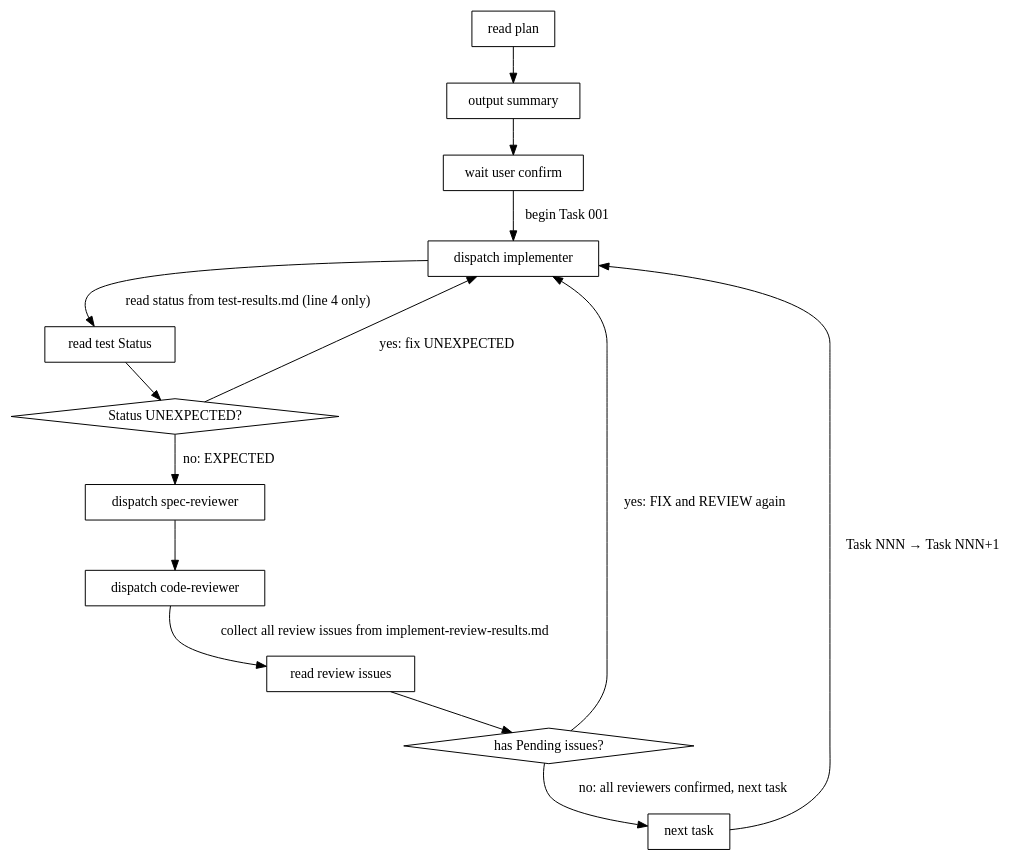
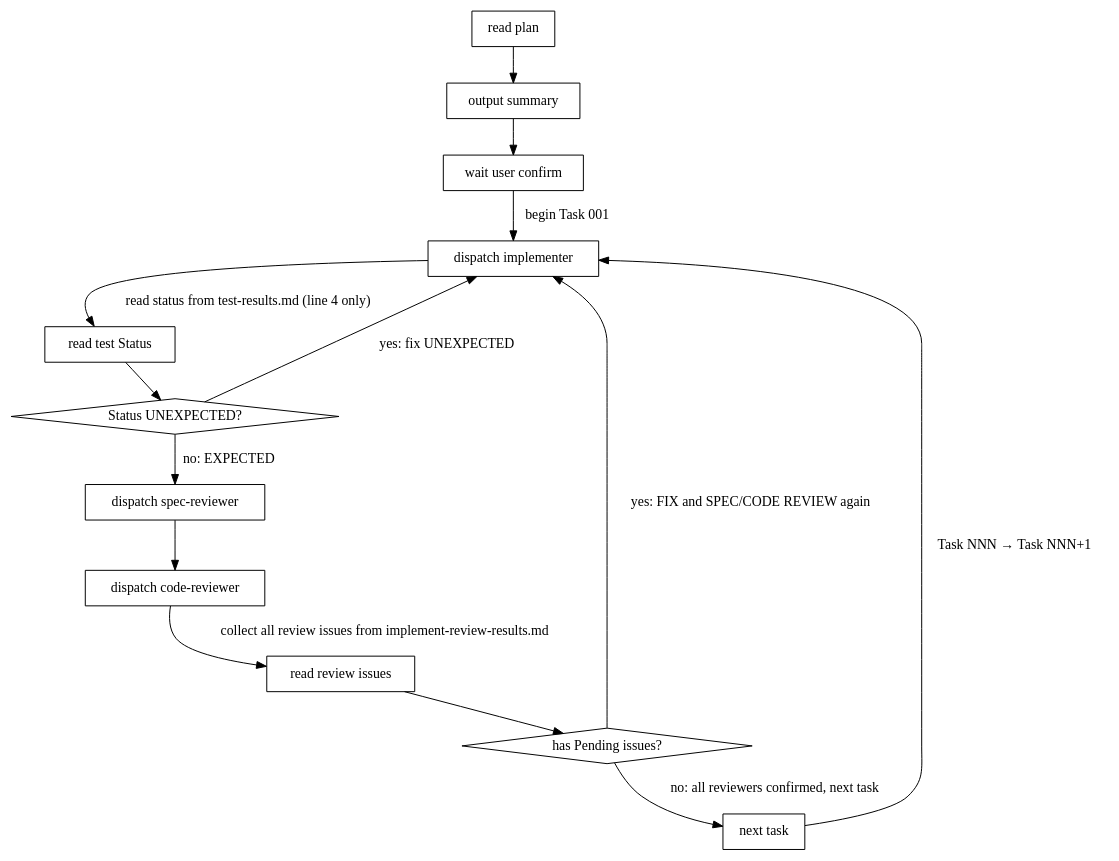
One commit to abadcafe/superteam changed the diagram in skills/executing/SKILL.md. Above: the diagram before and after it, drawn with Graphviz. The commit also changed 4 other files, not shown here.

````diff
--- a/skills/executing/SKILL.md
+++ b/skills/executing/SKILL.md
@@ -97,29 +97,29 @@
 ```dot
 digraph executing_flow {
   "read plan" [shape=box]
   "output summary" [shape=box]
   "wait user confirm" [shape=box]
   "dispatch implementer" [shape=box]
   "read test Status" [shape=box]
   "Status UNEXPECTED?" [shape=diamond]
   "dispatch spec-reviewer" [shape=box]
   "dispatch code-reviewer" [shape=box]
   "read review issues" [shape=box]
   "has Pending issues?" [shape=diamond]
   "next task" [shape=box]
 
   "read plan" -> "output summary"
   "output summary" -> "wait user confirm"
   "wait user confirm" -> "dispatch implementer" [label="begin Task 001"]
   "dispatch implementer" -> "read test Status" [label="read status from test-results.md (line 4 only)"]
   "read test Status" -> "Status UNEXPECTED?"
   "Status UNEXPECTED?" -> "dispatch implementer" [label="yes: fix UNEXPECTED"]
   "Status UNEXPECTED?" -> "dispatch spec-reviewer" [label="no: EXPECTED"]
   "dispatch spec-reviewer" -> "dispatch code-reviewer"
   "dispatch code-reviewer" -> "read review issues" [label="collect all review issues from implement-review-results.md"]
   "read review issues" -> "has Pending issues?"
-  "has Pending issues?" -> "dispatch implementer" [label="yes: FIX and REVIEW again"]
+  "has Pending issues?" -> "dispatch implementer" [label="yes: FIX and SPEC/CODE REVIEW again"]
   "has Pending issues?" -> "next task" [label="no: all reviewers confirmed, next task"]
   "next task" -> "dispatch implementer" [label="Task NNN → Task NNN+1"]
 }
 ```
````
